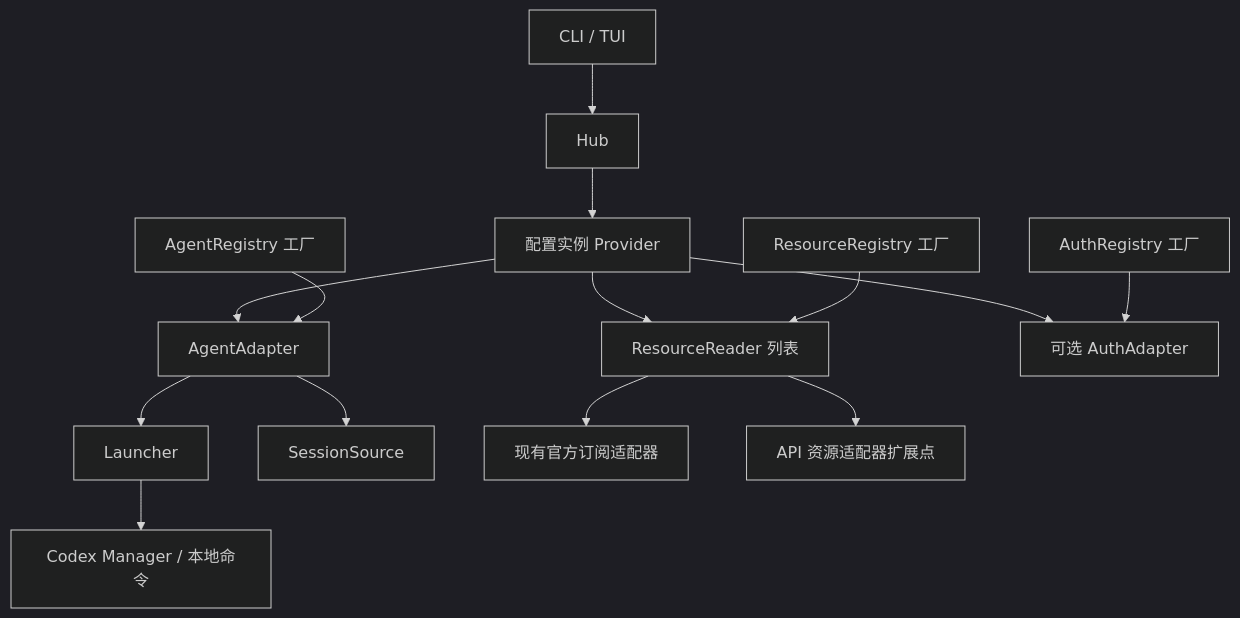
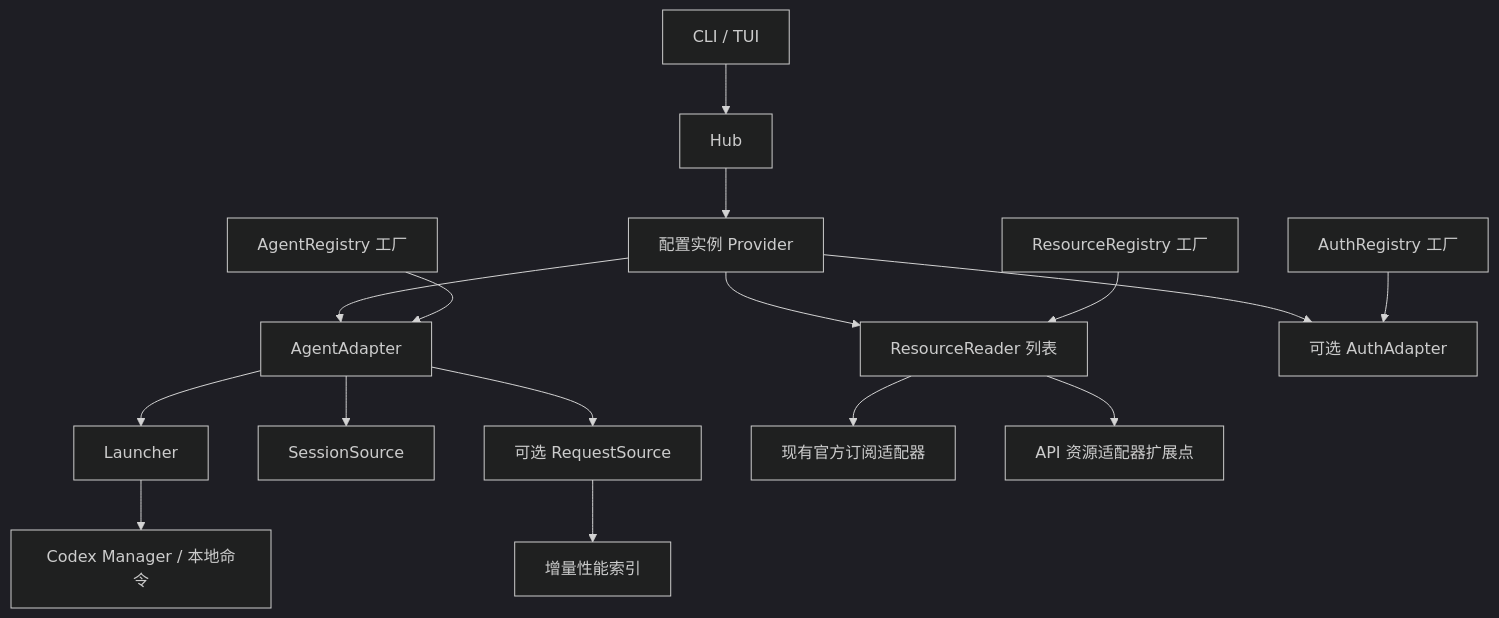
One commit to alphadoiy/usage changed the diagram in docs/provider-architecture.md. Above: the diagram before and after it, drawn with Mermaid (dark theme). The commit also changed other lines of this file and 21 other files, not shown here.

````diff
--- a/docs/provider-architecture.md
+++ b/docs/provider-architecture.md
@@ -17,16 +17,18 @@
 ```mermaid
 flowchart TD
     CLI[CLI / TUI] --> Hub
     Hub --> Provider[配置实例 Provider]
     Provider --> Agent[AgentAdapter]
     Provider --> Resources[ResourceReader 列表]
     Provider --> Auth[可选 AuthAdapter]
     Agent --> Launcher
     Agent --> Sessions[SessionSource]
+    Agent --> Performance[可选 RequestSource]
+    Performance --> Index[增量性能索引]
     Launcher --> Manager[Codex Manager / 本地命令]
     Resources --> Subscription[现有官方订阅适配器]
     Resources --> API[API 资源适配器扩展点]
     AgentRegistry[AgentRegistry 工厂] --> Agent
     ResourceRegistry[ResourceRegistry 工厂] --> Resources
     AuthRegistry[AuthRegistry 工厂] --> Auth
 ```
````
